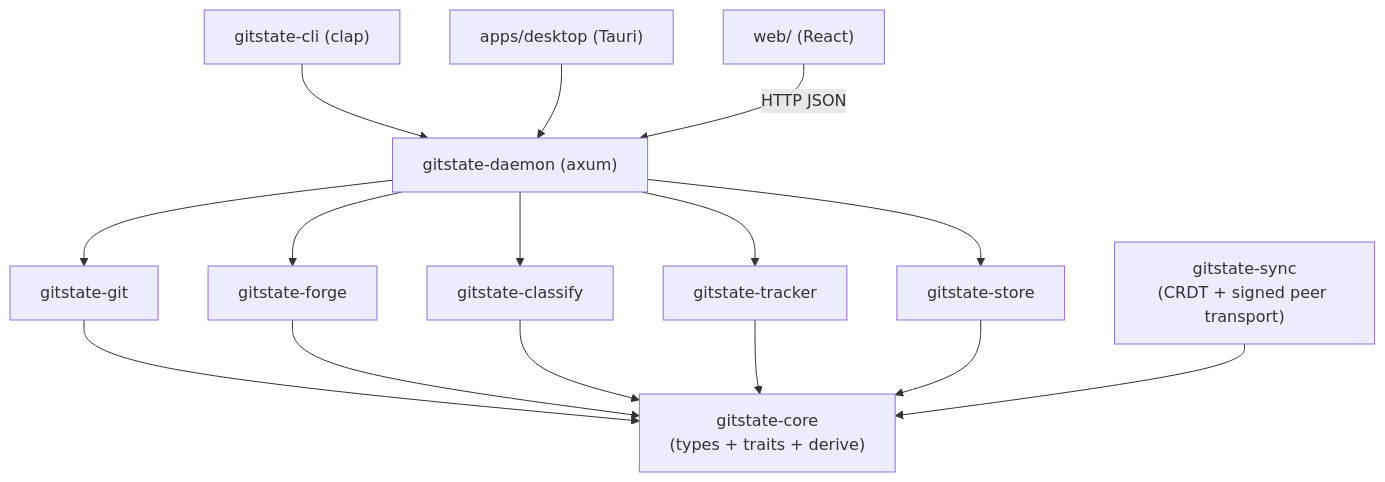
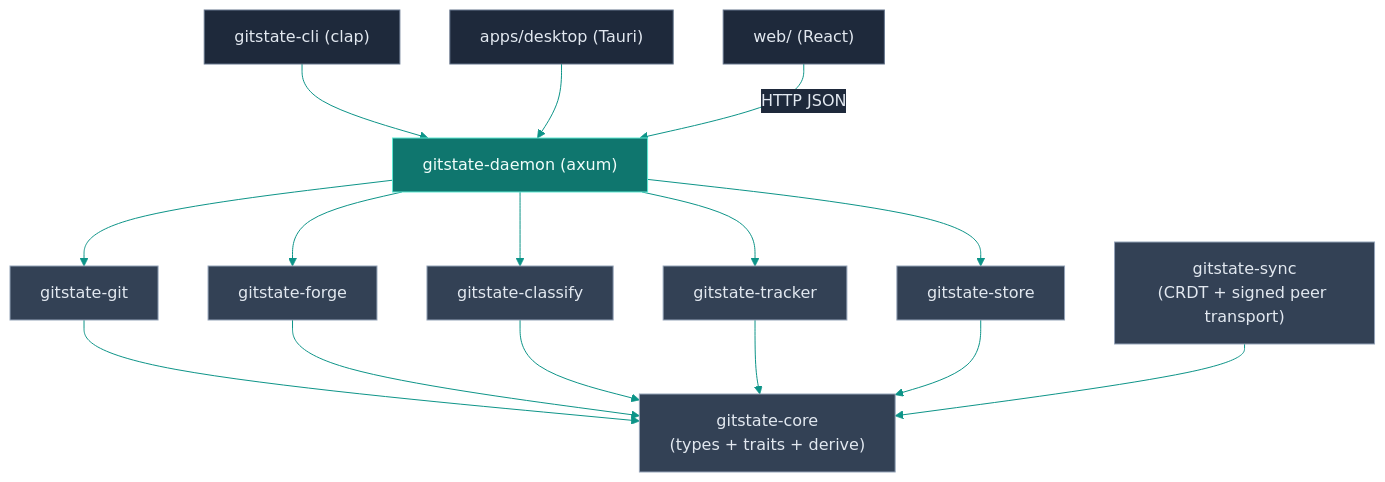
Before and after one commit to vul-os/gitstate: the diagram in docs/ARCHITECTURE.md, drawn with Mermaid.

Commit message:
docs: restyle ARCHITECTURE.md crate-map mermaid diagram
Had no theme at all (unlike README's two diagrams, the only file that
carried one), so it rendered in mermaid's plain default and did not
match the rest of the suite. Applied the same fixed palette: entry
tier (cli/tauri/web — the three user-facing front ends) #1e293b fill,
subject tier (gitstate-daemon — the one coordinating hub the
architecture doc calls out by name) #0f766e fill, downstream tier
(core + the five integration crates it wires together) #334155 fill,
all with light text per the verified contrast ratios, plus #0d9488
edges and an opaque #1e293b edge-label box for the "HTTP JSON" label.

Agent-generated, machine-verified, NOT human-reviewed.

````diff
--- a/docs/ARCHITECTURE.md
+++ b/docs/ARCHITECTURE.md
@@ -37,14 +37,22 @@
 ```mermaid
+%%{init: {'theme':'base','themeVariables':{'fontFamily':'ui-monospace, SFMono-Regular, Menlo, monospace','primaryColor':'#334155','primaryBorderColor':'#94a3b8','primaryTextColor':'#e2e8f0','lineColor':'#0d9488','edgeLabelBackground':'#1e293b','clusterBkg':'transparent','clusterBorder':'#64748b'}}}%%
 flowchart TB
     core["gitstate-core<br/>(types + traits + derive)"]
     git["gitstate-git"] --> core
     forge["gitstate-forge"] --> core
     classify["gitstate-classify"] --> core
     tracker["gitstate-tracker"] --> core
     store["gitstate-store"] --> core
     sync["gitstate-sync<br/>(CRDT + signed peer transport)"] --> core
     daemon["gitstate-daemon (axum)"] --> git & forge & classify & tracker & store
     cli["gitstate-cli (clap)"] --> daemon
     tauri["apps/desktop (Tauri)"] --> daemon
     web["web/ (React)"] -->|"HTTP JSON"| daemon
+
+    classDef entry fill:#1e293b,stroke:#64748b,color:#e2e8f0
+    classDef subject fill:#0f766e,stroke:#5eead4,color:#f0fdfa
+    classDef downstream fill:#334155,stroke:#94a3b8,color:#e2e8f0
+    class cli,tauri,web entry
+    class daemon subject
+    class core,git,forge,classify,tracker,store,sync downstream
 ```
````
